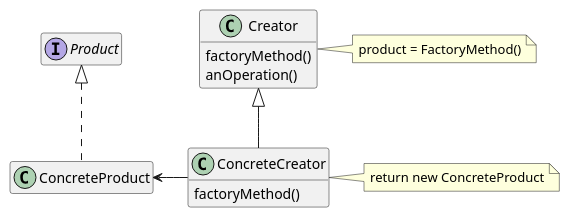
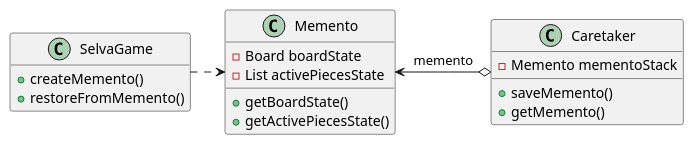
Diagram 12 of 12 in README.md (Brenda-Martinez/projeto-framework-tabuleiro), drawn with PlantUML before and after one commit. The commit also changed other lines of this file and 52 other files, not shown here.

````diff
--- a/README.md
+++ b/README.md
@@ -7,38 +728,29 @@
 ```plantuml
 @startuml
-interface Product{
+
+class Memento {
+    - Board boardState
+    - List activePiecesState
+    + getBoardState()
+    + getActivePiecesState()
 }
 
-
-class ConcreteProduct{
+class SelvaGame {
+    + createMemento()
+    + restoreFromMemento()
 }
 
-
-class Creator{
-    factoryMethod()
-    anOperation()
+class Caretaker {
+    - Memento mementoStack
+    + saveMemento()
+    + getMemento()
 }
 
-
-class ConcreteCreator{
-    factoryMethod()
-}
-
-
-Product <|.. ConcreteProduct
-ConcreteProduct <- ConcreteCreator
-Creator <|-- ConcreteCreator
-
-
-class Creator
-note right: product = FactoryMethod()
-class ConcreteCreator
-note right: return new ConcreteProduct
-
+Memento <-o Caretaker : memento
+SelvaGame .> Memento
 
 hide empty attributes
 hide empty methods
 
-
 @enduml
 ```
````
